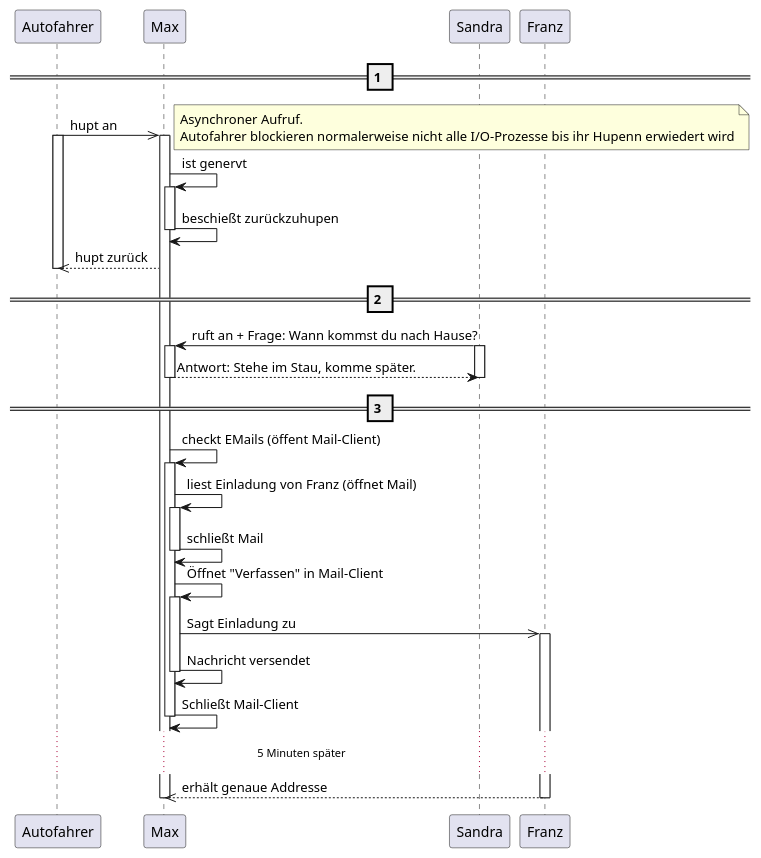
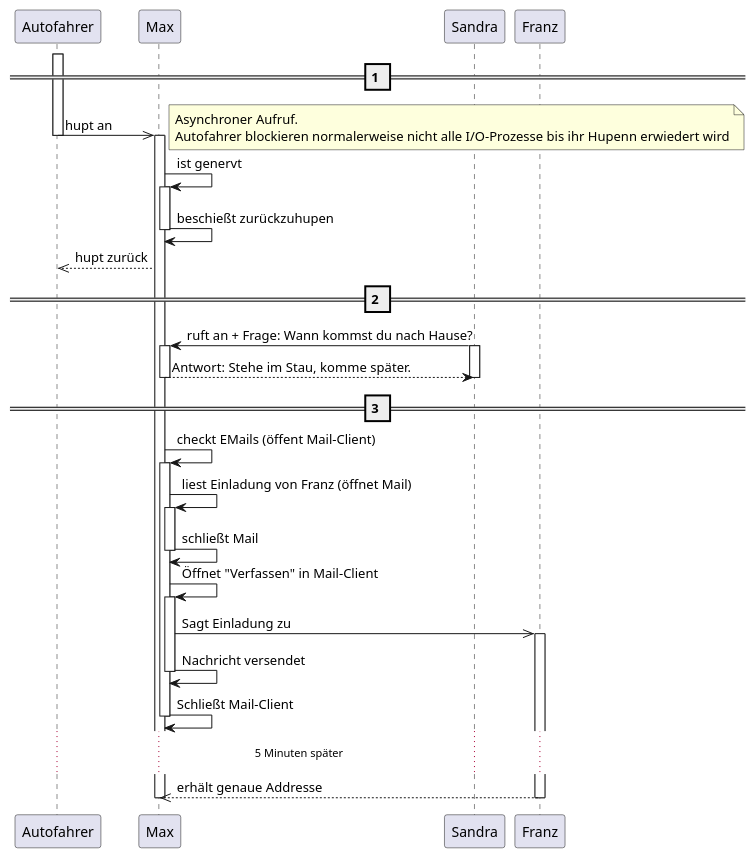
Before and after one commit to K1ntsugi/SoftwareEngineering_2_Vinf5: the diagram in uebung/2/Uebungseinheit2/a1_ue2.plantuml, drawn with PlantUML. The commit also changed 1 other file, not shown here.

```diff
--- a/uebung/2/Uebungseinheit2/a1_ue2.plantuml
+++ b/uebung/2/Uebungseinheit2/a1_ue2.plantuml
@@ -1,33 +1,34 @@
 @startuml Uebungseinheit 2 - Aufgabe 1
 
 == 1 ==
+activate Autofahrer
 Autofahrer ->> Max : hupt an
-activate Autofahrer
+deactivate Autofahrer
+
 activate Max
 note right : Asynchroner Aufruf. \nAutofahrer blockieren normalerweise nicht alle I/O-Prozesse bis ihr Hupenn erwiedert wird
 Max -> Max++ : ist genervt
 Max -> Max-- : beschießt zurückzuhupen
 Max -->> Autofahrer : hupt zurück
-deactivate Autofahrer
 
 == 2 ==
 Sandra -> Max : ruft an + Frage: Wann kommst du nach Hause? 
 activate Sandra
 activate Max
 Max --> Sandra : Antwort: Stehe im Stau, komme später.
 deactivate Max
 deactivate Sandra
 == 3 == 
 
 Max -> Max++ : checkt EMails (öffent Mail-Client)
 Max -> Max++ : liest Einladung von Franz (öffnet Mail)
 Max -> Max-- : schließt Mail
 Max -> Max++ : Öffnet "Verfassen" in Mail-Client
 Max ->> Franz++ : Sagt Einladung zu
 Max -> Max-- : Nachricht versendet
 Max -> Max-- : Schließt Mail-Client
 ...5 Minuten später...
 Franz -->> Max : erhält genaue Addresse
 deactivate Franz
 deactivate Max
 @enduml
```
